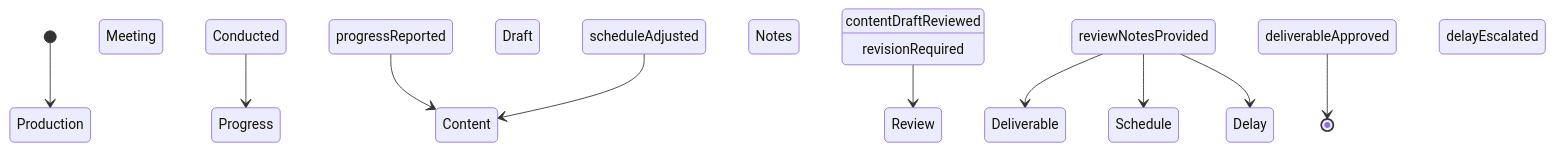
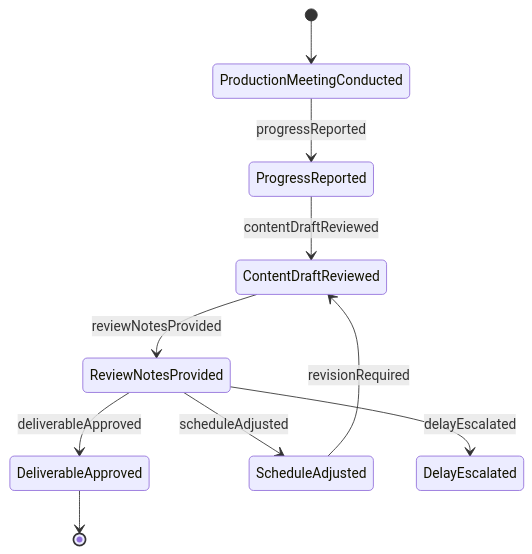
Before and after one commit to dot-org-ai/tasks.org.ai: the second of 4 diagrams in CommunicatingWithSupervisorsPeersOrSubordinates/CommunicateWithOthersAboutSpecificationsOrProjectDetails/DiscussProductionContentProgressOthers.mdx, drawn with Mermaid. The commit also changed 515 other files, not shown here.

````diff
--- a/CommunicatingWithSupervisorsPeersOrSubordinates/CommunicateWithOthersAboutSpecificationsOrProjectDetails/DiscussProductionContentProgressOthers.mdx
+++ b/CommunicatingWithSupervisorsPeersOrSubordinates/CommunicateWithOthersAboutSpecificationsOrProjectDetails/DiscussProductionContentProgressOthers.mdx
@@ -97,12 +97,12 @@
 ```mermaid
 stateDiagram-v2
-    [*] --> Production Meeting Conducted
-    Production Meeting Conducted --> Progress Reported : progressReported
-    Progress Reported --> Content Draft Reviewed : contentDraftReviewed
-    Content Draft Reviewed --> Review Notes Provided : reviewNotesProvided
-    Review Notes Provided --> Deliverable Approved : deliverableApproved
-    Review Notes Provided --> Schedule Adjusted : scheduleAdjusted
-    Schedule Adjusted --> Content Draft Reviewed : revisionRequired
-    Review Notes Provided --> Delay Escalated : delayEscalated
-    Deliverable Approved --> [*]
+    [*] --> ProductionMeetingConducted
+    ProductionMeetingConducted --> ProgressReported : progressReported
+    ProgressReported --> ContentDraftReviewed : contentDraftReviewed
+    ContentDraftReviewed --> ReviewNotesProvided : reviewNotesProvided
+    ReviewNotesProvided --> DeliverableApproved : deliverableApproved
+    ReviewNotesProvided --> ScheduleAdjusted : scheduleAdjusted
+    ScheduleAdjusted --> ContentDraftReviewed : revisionRequired
+    ReviewNotesProvided --> DelayEscalated : delayEscalated
+    DeliverableApproved --> [*]
 ```
````
